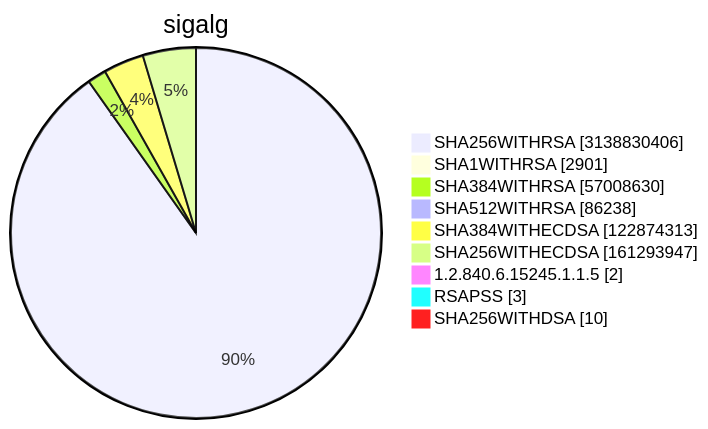
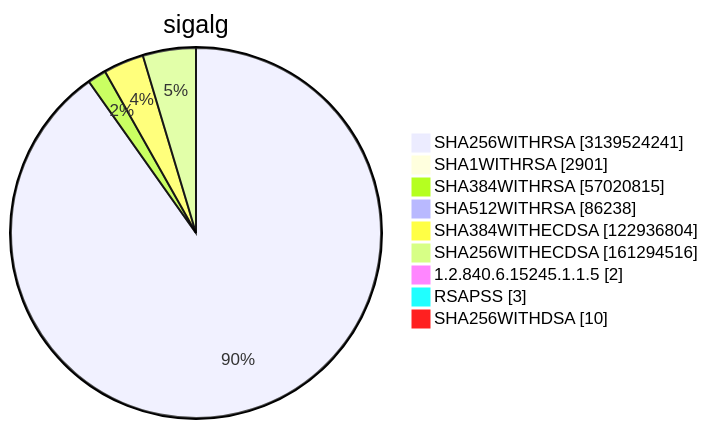
Before and after one commit to christiankrug/ctmonitor_visualization: diagram 15 of 15 in TOTAL/README.md, drawn with Mermaid. The commit also changed other lines of this file, not shown here.

````diff
--- a/TOTAL/README.md
+++ b/TOTAL/README.md
@@ -6212,13 +6212,13 @@
 ```mermaid
 pie showData
 title sigalg
-"SHA256WITHRSA" :3138830406
+"SHA256WITHRSA" :3139524241
 "SHA1WITHRSA" :2901
-"SHA384WITHRSA" :57008630
+"SHA384WITHRSA" :57020815
 "SHA512WITHRSA" :86238
-"SHA384WITHECDSA" :122874313
-"SHA256WITHECDSA" :161293947
+"SHA384WITHECDSA" :122936804
+"SHA256WITHECDSA" :161294516
 "1.2.840.6.15245.1.1.5" :2
 "RSAPSS" :3
 "SHA256WITHDSA" :10
 ```
````
